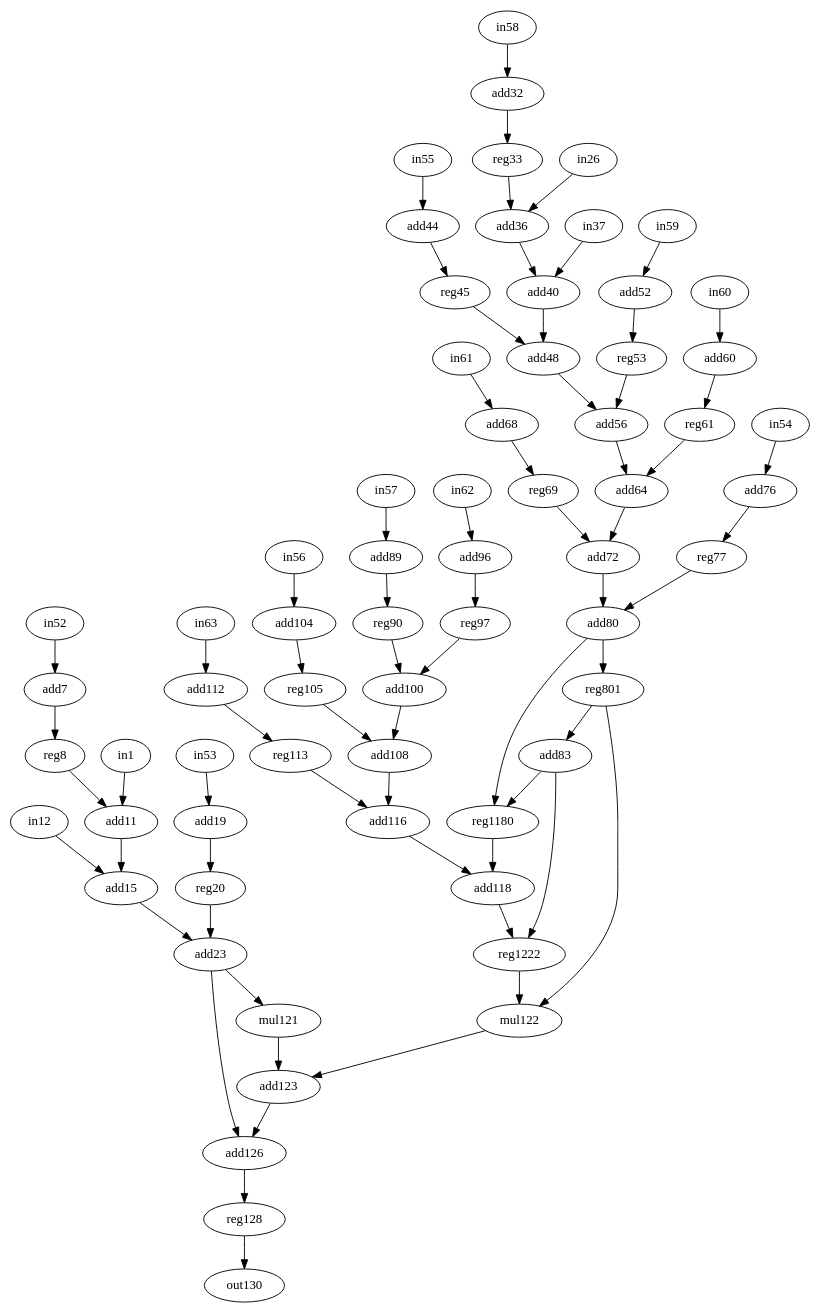
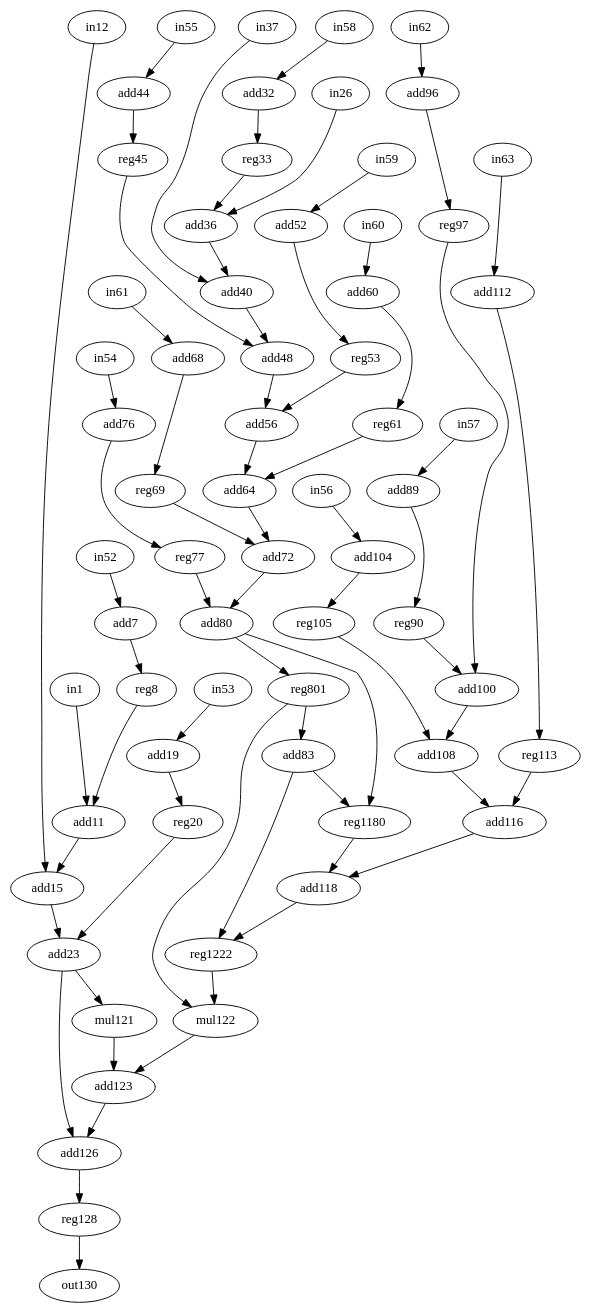
One commit to jeronimopenha/traversal_project changed the diagram in bench/test_bench/h2v2_smooth.dot. Above: the diagram before and after it, drawn with Graphviz. The commit also changed 21144 other files, not shown here.

```diff
--- a/bench/test_bench/h2v2_smooth.dot
+++ b/bench/test_bench/h2v2_smooth.dot
@@ -1,133 +1,133 @@
-strict digraph "h2v2_smooth" {
+digraph "h2v2_smooth" {
 0 [label=reg33, op=reg];
 1 [label=in12, op=in];
 2 [label=in37, op=in];
 3 [label=add68, op=addi, value=2];
 4 [label=mul121, op=muli, value=2];
 5 [label=reg90, op=reg];
 6 [label=add23, op=add];
 7 [label=add118, op=add];
 8 [label=reg61, op=reg];
 9 [label=add83, op=addi, value=2];
 10 [label=add19, op=addi, value=2];
 11 [label=add72, op=add];
 12 [label=add89, op=addi, value=2];
 13 [label=add104, op=addi, value=2];
 14 [label=reg128, op=reg];
 15 [label=reg801, op=reg];
 16 [label=reg20, op=reg];
 17 [label=add60, op=addi, value=2];
 18 [label=in1, op=in];
 19 [label=add7, op=addi, value=2];
 20 [label=add40, op=add];
 21 [label=reg69, op=reg];
 22 [label=reg105, op=reg];
 23 [label=in26, op=in];
 24 [label=add116, op=add];
 25 [label=add96, op=addi, value=2];
 26 [label=mul122, op=mul];
 27 [label=reg53, op=reg];
 28 [label=reg45, op=reg];
 29 [label=add44, op=addi, value=2];
 30 [label=reg8, op=reg];
 31 [label=add52, op=addi, value=2];
 32 [label=add11, op=add];
 33 [label=add64, op=add];
 34 [label=reg113, op=reg];
 35 [label=add123, op=add];
 36 [label=add32, op=addi, value=2];
 37 [label=add108, op=add];
 38 [label=add36, op=add];
 39 [label=reg77, op=reg];
 40 [label=add48, op=add];
 41 [label=add80, op=add];
 42 [label=add112, op=addi, value=2];
 43 [label=add15, op=add];
 44 [label=add76, op=addi, value=2];
 45 [label=add100, op=add];
 46 [label=reg97, op=reg];
 47 [label=add126, op=add];
 48 [label=reg1222, op=reg];
 49 [label=out130, op=out];
 50 [label=add56, op=add];
 51 [label=reg1180, op=reg];
 52 [label=in52, op=in];
 53 [label=in53, op=in];
 54 [label=in54, op=in];
 55 [label=in55, op=in];
 56 [label=in56, op=in];
 57 [label=in57, op=in];
 58 [label=in58, op=in];
 59 [label=in59, op=in];
 60 [label=in60, op=in];
 61 [label=in61, op=in];
 62 [label=in62, op=in];
 63 [label=in63, op=in];
-0 -> 38  [port=0, w=0];
-1 -> 43  [port=0, w=0];
-2 -> 20  [port=0, w=0];
-3 -> 21  [port=0, w=0];
-4 -> 35  [port=0, w=0];
-5 -> 45  [port=0, w=0];
-6 -> 4  [port=0, w=0];
-6 -> 47  [port=0, w=0];
-7 -> 48  [port=0, w=0];
-8 -> 33  [port=0, w=0];
-9 -> 48  [port=1, w=0];
-9 -> 51  [port=0, w=0];
-10 -> 16  [port=0, w=0];
-11 -> 41  [port=0, w=0];
-12 -> 5  [port=0, w=0];
-13 -> 22  [port=0, w=0];
-14 -> 49  [port=0, w=0];
-15 -> 9  [port=0, w=0];
-15 -> 26  [port=0, w=0];
-16 -> 6  [port=0, w=0];
-17 -> 8  [port=0, w=0];
-18 -> 32  [port=0, w=0];
-19 -> 30  [port=0, w=0];
-20 -> 40  [port=0, w=0];
-21 -> 11  [port=0, w=0];
-22 -> 37  [port=0, w=0];
-23 -> 38  [port=1, w=0];
-24 -> 7  [port=0, w=0];
-25 -> 46  [port=0, w=0];
-26 -> 35  [port=1, w=0];
-27 -> 50  [port=0, w=0];
-28 -> 40  [port=1, w=0];
-29 -> 28  [port=0, w=0];
-30 -> 32  [port=1, w=0];
-31 -> 27  [port=0, w=0];
-32 -> 43  [port=1, w=0];
-33 -> 11  [port=1, w=0];
-34 -> 24  [port=0, w=0];
-35 -> 47  [port=1, w=0];
-36 -> 0  [port=0, w=0];
-37 -> 24  [port=1, w=0];
-38 -> 20  [port=1, w=0];
-39 -> 41  [port=1, w=0];
-40 -> 50  [port=1, w=0];
-41 -> 15  [port=0, w=0];
-41 -> 51  [port=1, w=0];
-42 -> 34  [port=0, w=0];
-43 -> 6  [port=1, w=0];
-44 -> 39  [port=0, w=0];
-45 -> 37  [port=1, w=0];
-46 -> 45  [port=1, w=0];
-47 -> 14  [port=0, w=0];
-48 -> 26  [port=1, w=0];
-50 -> 33  [port=1, w=0];
-51 -> 7  [port=1, w=0];
-52 -> 19  [port=0, w=0];
-53 -> 10  [port=0, w=0];
-54 -> 44  [port=0, w=0];
-55 -> 29  [port=0, w=0];
-56 -> 13  [port=0, w=0];
-57 -> 12  [port=0, w=0];
-58 -> 36  [port=0, w=0];
-59 -> 31  [port=0, w=0];
-60 -> 17  [port=0, w=0];
-61 -> 3  [port=0, w=0];
-62 -> 25  [port=0, w=0];
-63 -> 42  [port=0, w=0];
+0 -> 38  [port=0, weight=0];
+1 -> 43  [port=0, weight=0];
+2 -> 20  [port=0, weight=0];
+3 -> 21  [port=0, weight=0];
+4 -> 35  [port=0, weight=0];
+5 -> 45  [port=0, weight=0];
+6 -> 4  [port=0, weight=0];
+6 -> 47  [port=0, weight=0];
+7 -> 48  [port=0, weight=0];
+8 -> 33  [port=0, weight=0];
+9 -> 48  [port=1, weight=0];
+9 -> 51  [port=0, weight=0];
+10 -> 16  [port=0, weight=0];
+11 -> 41  [port=0, weight=0];
+12 -> 5  [port=0, weight=0];
+13 -> 22  [port=0, weight=0];
+14 -> 49  [port=0, weight=0];
+15 -> 9  [port=0, weight=0];
+15 -> 26  [port=0, weight=0];
+16 -> 6  [port=0, weight=0];
+17 -> 8  [port=0, weight=0];
+18 -> 32  [port=0, weight=0];
+19 -> 30  [port=0, weight=0];
+20 -> 40  [port=0, weight=0];
+21 -> 11  [port=0, weight=0];
+22 -> 37  [port=0, weight=0];
+23 -> 38  [port=1, weight=0];
+24 -> 7  [port=0, weight=0];
+25 -> 46  [port=0, weight=0];
+26 -> 35  [port=1, weight=0];
+27 -> 50  [port=0, weight=0];
+28 -> 40  [port=1, weight=0];
+29 -> 28  [port=0, weight=0];
+30 -> 32  [port=1, weight=0];
+31 -> 27  [port=0, weight=0];
+32 -> 43  [port=1, weight=0];
+33 -> 11  [port=1, weight=0];
+34 -> 24  [port=0, weight=0];
+35 -> 47  [port=1, weight=0];
+36 -> 0  [port=0, weight=0];
+37 -> 24  [port=1, weight=0];
+38 -> 20  [port=1, weight=0];
+39 -> 41  [port=1, weight=0];
+40 -> 50  [port=1, weight=0];
+41 -> 15  [port=0, weight=0];
+41 -> 51  [port=1, weight=0];
+42 -> 34  [port=0, weight=0];
+43 -> 6  [port=1, weight=0];
+44 -> 39  [port=0, weight=0];
+45 -> 37  [port=1, weight=0];
+46 -> 45  [port=1, weight=0];
+47 -> 14  [port=0, weight=0];
+48 -> 26  [port=1, weight=0];
+50 -> 33  [port=1, weight=0];
+51 -> 7  [port=1, weight=0];
+52 -> 19  [port=0, weight=0];
+53 -> 10  [port=0, weight=0];
+54 -> 44  [port=0, weight=0];
+55 -> 29  [port=0, weight=0];
+56 -> 13  [port=0, weight=0];
+57 -> 12  [port=0, weight=0];
+58 -> 36  [port=0, weight=0];
+59 -> 31  [port=0, weight=0];
+60 -> 17  [port=0, weight=0];
+61 -> 3  [port=0, weight=0];
+62 -> 25  [port=0, weight=0];
+63 -> 42  [port=0, weight=0];
 }
```
